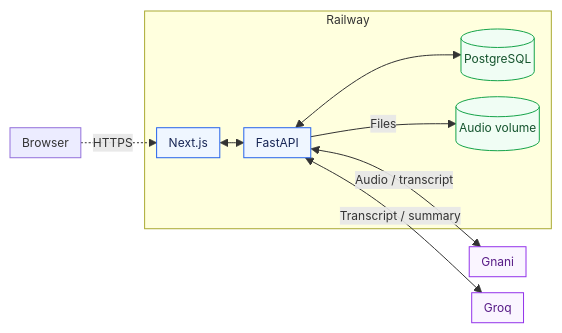
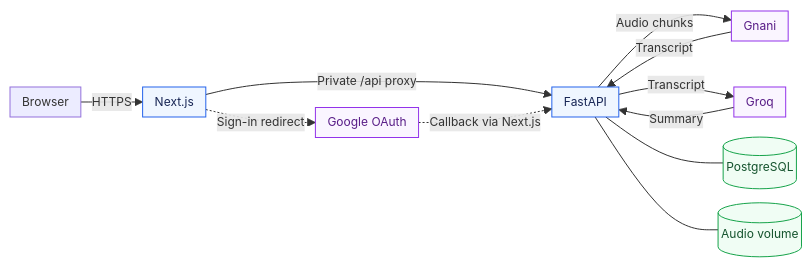
Before and after one commit to SrthkL/Gnani_Internship_Assignment: the first of 2 diagrams in architecture.md, drawn with Mermaid. The commit also changed other lines of this file and 1 other file, not shown here.

Commit message:
-fix: updating README.md and architecture.md

````diff
--- a/architecture.md
+++ b/architecture.md
@@ -9,19 +9,21 @@
 ```mermaid
-%%{init: {'themeVariables': {'fontSize': '12px'}, 'flowchart': {'nodeSpacing': 16, 'rankSpacing': 24, 'padding': 6}}}%%
+%%{init: {'themeVariables': {'fontSize': '12px'}, 'flowchart': {'nodeSpacing': 14, 'rankSpacing': 22, 'padding': 6}}}%%
 flowchart LR
-    Browser["Browser"] -.->|HTTPS| UI
-    subgraph Railway["Railway"]
-        UI["Next.js"] <--> API["FastAPI"]
-        API <--> DB[("PostgreSQL")]
-        API -->|Files| Storage[("Audio volume")]
-    end
-    API <-->|"Audio / transcript"| Gnani["Gnani"]
-    API <-->|"Transcript / summary"| Groq["Groq"]
+    U["Browser"] -->|HTTPS| UI["Next.js"]
+    UI -->|"Private /api proxy"| API["FastAPI"]
+    API -->|"Audio chunks"| STT["Gnani"]
+    STT -->|Transcript| API
+    API -->|Transcript| LLM["Groq"]
+    LLM -->|Summary| API
+    API --- DB[("PostgreSQL")]
+    API --- V[("Audio volume")]
+    UI -.->|"Sign-in redirect"| G["Google OAuth"]
+    G -.->|"Callback via Next.js"| API
 
     classDef app fill:#eff6ff,stroke:#2563eb,color:#172554;
     classDef data fill:#f0fdf4,stroke:#16a34a,color:#14532d;
     classDef provider fill:#faf5ff,stroke:#9333ea,color:#581c87;
     class UI,API app;
-    class DB,Storage data;
-    class Gnani,Groq provider;
+    class DB,V data;
+    class STT,LLM,G provider;
 ```
````
